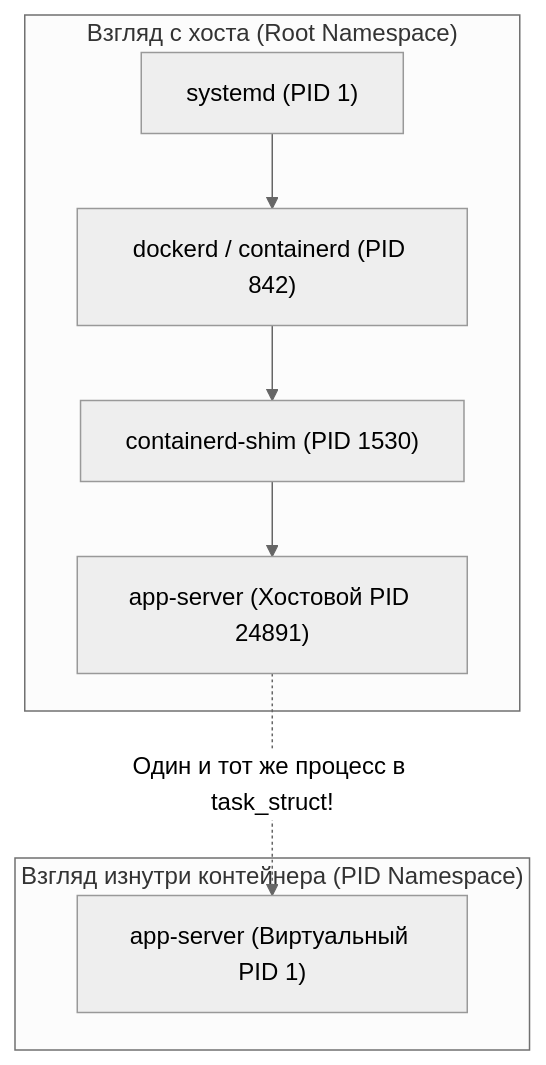
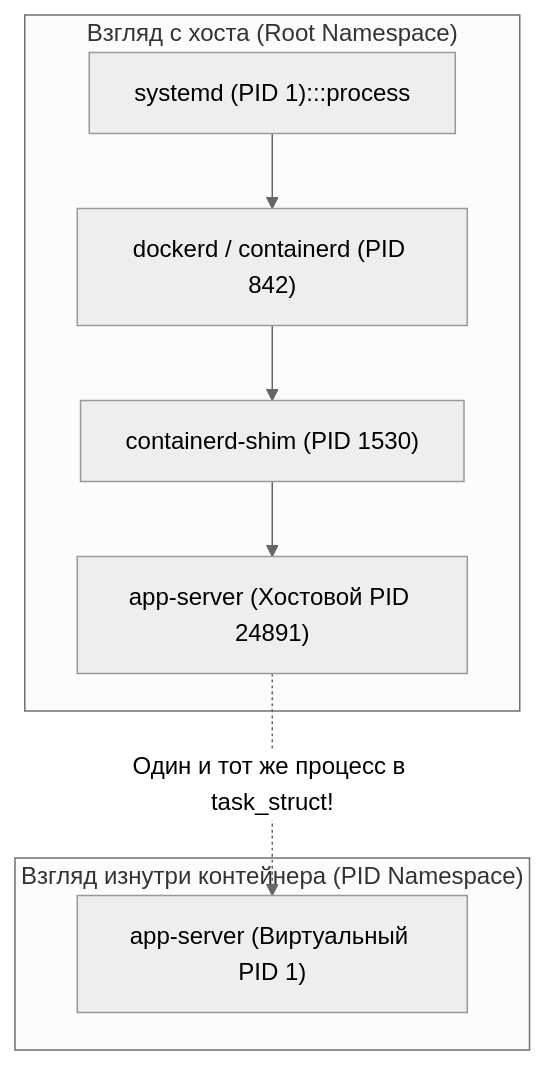
Before and after one commit to UnrealTemplier/go-textbook: the second of 3 diagrams in sources/2. Устройство и работа ОС/53. Контейнеры под капотом. namespaces и cgroups.md, drawn with Mermaid (neutral theme). The commit also changed other lines of this file and 1666 other files, not shown here.

First line of the commit message:
feat(mermaid): add semantic color classDef to 1369 colorless flowchart/graph diagrams

````diff
--- a/sources/2. Устройство и работа ОС/53. Контейнеры под капотом. namespaces и cgroups.md
+++ b/sources/2. Устройство и работа ОС/53. Контейнеры под капотом. namespaces и cgroups.md
@@ -61,14 +71,24 @@
 ```mermaid
 flowchart TD
+    classDef process  fill:#1e293b,stroke:#38bdf8,stroke-width:1px,color:#f8fafc
+    classDef success  fill:#064e3b,stroke:#34d399,stroke-width:1px,color:#f8fafc
+    classDef error    fill:#7f1d1d,stroke:#f87171,stroke-width:1px,color:#f8fafc
+    classDef warning  fill:#78350f,stroke:#fbbf24,stroke-width:1px,color:#f8fafc
+    classDef entry    fill:#1e3a5f,stroke:#38bdf8,stroke-width:2px,color:#f8fafc
+    classDef aux      fill:#334155,stroke:#64748b,stroke-width:1px,color:#f8fafc
+    classDef system   fill:#312e81,stroke:#a78bfa,stroke-width:1px,color:#f8fafc
+    classDef data     fill:#132d29,stroke:#2dd4bf,stroke-width:1px,color:#f8fafc
+    classDef network  fill:#881337,stroke:#fb7185,stroke-width:1px,color:#f8fafc
+    classDef accent   fill:#1e1b4b,stroke:#818cf8,stroke-width:1px,color:#f8fafc
     subgraph HostView["Взгляд с хоста (Root Namespace)"]
-        Init["systemd (PID 1)"] --> Docker["dockerd / containerd (PID 842)"]
+        Init["systemd (PID 1):::process"] --> Docker["dockerd / containerd (PID 842)"]
         Docker --> Shim["containerd-shim (PID 1530)"]
         Shim --> GoHost["app-server (Хостовой PID 24891)"]
     end
 
     subgraph ContainerView["Взгляд изнутри контейнера (PID Namespace)"]
         GoCont["app-server (Виртуальный PID 1)"]
     end
 
     GoHost -.->|"Один и тот же процесс в task_struct!"| GoCont
 ```
````
